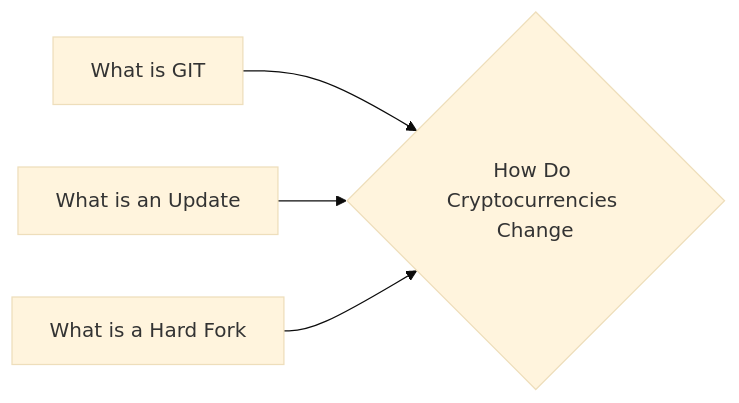
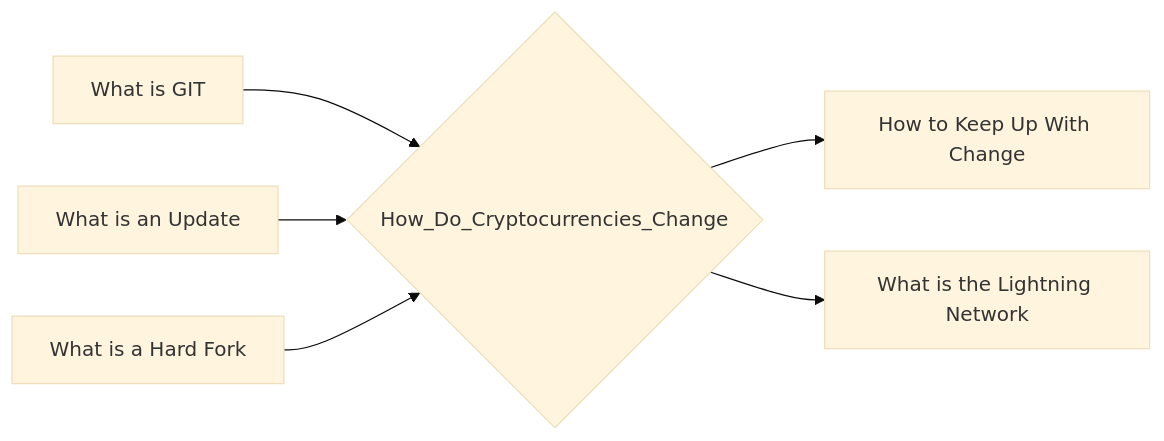
Before and after one commit to lpurdy01/crypto-knowledge-map: the diagram in notes/How_Do_Cryptocurrencies_Change.md, drawn with Mermaid (base theme). The commit also changed 161 other files, not shown here.

````diff
--- a/notes/How_Do_Cryptocurrencies_Change.md
+++ b/notes/How_Do_Cryptocurrencies_Change.md
@@ -12,6 +12,8 @@
 ```mermaid
 graph LR
-1["What is GIT"]-->0{"How Do Cryptocurrencies Change"}
-2["What is an Update"]-->0{"How Do Cryptocurrencies Change"}
-3["What is a Hard Fork"]-->0{"How Do Cryptocurrencies Change"}
+1["What is GIT"]-->0{"How_Do_Cryptocurrencies_Change"}
+2["What is an Update"]-->0{"How_Do_Cryptocurrencies_Change"}
+3["What is a Hard Fork"]-->0{"How_Do_Cryptocurrencies_Change"}
+0{"How_Do_Cryptocurrencies_Change"}-->4["How to Keep Up With Change"]
+0{"How_Do_Cryptocurrencies_Change"}-->5["What is the Lightning Network"]
 ```
````
